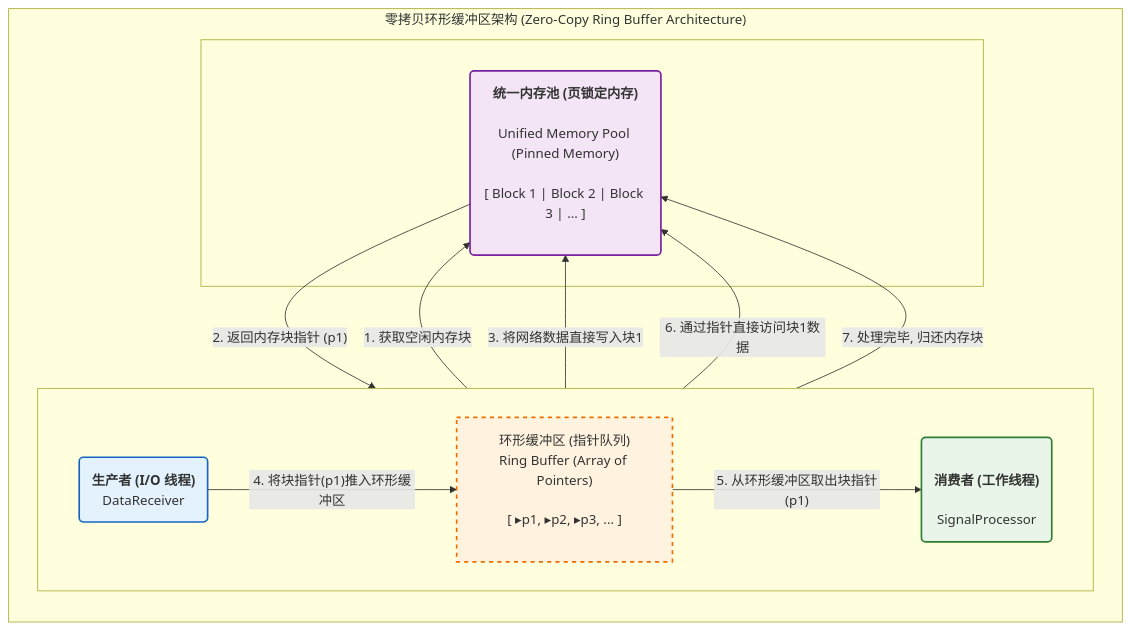
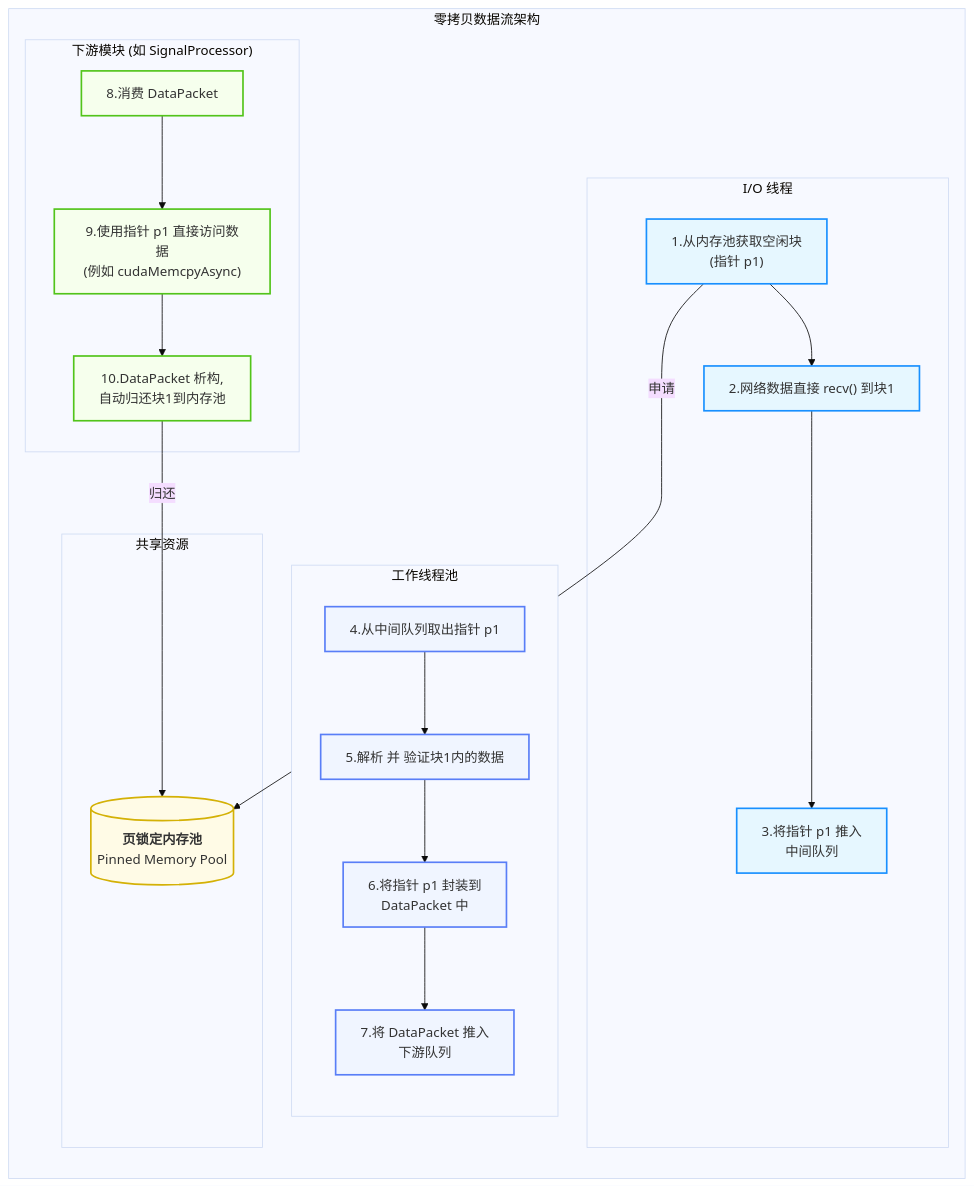
Before and after one commit to wendizhou99-cell/Radar: the fourth of 7 diagrams in docs/01_项目设计/02_模块设计/01_数据接收模块设计.md, drawn with Mermaid. The commit also changed other lines of this file and 26 other files, not shown here.

First line of the commit message:
docs: 完成数据架构文档系列重构和Mermaid可视化指南增强

````diff
--- a/docs/01_项目设计/02_模块设计/01_数据接收模块设计.md
+++ b/docs/01_项目设计/02_模块设计/01_数据接收模块设计.md
@@ -401,55 +289,63 @@
 ```mermaid
+---
+config:
+  theme: base
+  flowchart:
+    curve: basis
+---
 graph LR
-    subgraph "零拷贝环形缓冲区架构 (Zero-Copy Ring Buffer Architecture)"
+    %% --- 图例 (上下文颜色语义) ---
+    %% I/O 线程 (浅蓝): 专职处理网络I/O的组件。
+    %% 工作线程池 (淡紫): 执行CPU密集型任务的组件。
+    %% 下游模块 (浅绿): 消费本模块处理结果的组件。
+    %% 共享资源 (浅黄): 跨线程共享的核心资源。
+
+    subgraph "零拷贝数据流架构"
         direction TB
 
-        subgraph " "
-            direction LR
-            Producer("
-                <div style='text-align:center'><b>生产者 (I/O 线程)</b><br/>DataReceiver
-                </div>
-            ")
-
-            RingBufferShow["
-                <div style='text-align:center'>环形缓冲区 (指针队列)<br/>Ring Buffer (Array of Pointers)
-                    <br/>[ ▸p1, ▸p2, ▸p3, ... ]
-                </div>
-            "]
-
-            Consumer("
-                <div style='text-align:center'>
-                    <b>消费者 (工作线程)</b><br/>
-                    SignalProcessor
-                </div>
-            ")
+        subgraph "I/O 线程"
+            A["1.从内存池获取空闲块<br/>(指针 p1)"]
+            B["2.网络数据直接 recv() 到块1"]
+            C["3.将指针 p1 推入<br/>中间队列"]
         end
 
-        subgraph " "
-            MemoryPoolShow("
-                <div style='text-align:center'><b>统一内存池 (页锁定内存)
-                <br/></b>Unified Memory Pool (Pinned Memory)
-                <br/>[ Block 1 | Block 2 | Block 3 | ... ]
-                </div>
-            ")
+        subgraph "工作线程池"
+        direction TB
+             D["4.从中间队列取出指针 p1"]
+             E["5.解析 并 验证块1内的数据"]
+             F["6.将指针 p1 封装到<br/>DataPacket 中"]
+             G["7.将 DataPacket 推入<br/>下游队列"]
         end
 
-        Producer -- "1. 获取空闲内存块" --> MemoryPoolShow
-        MemoryPoolShow -- "2. 返回内存块指针 (p1)" --> Producer
-        Producer -- "3. 将网络数据直接写入块1" --> MemoryPoolShow
-        Producer -- "4. 将块指针(p1)推入环形缓冲区" --> RingBufferShow
+        subgraph "下游模块 (如 SignalProcessor)"
+            H["8.消费 DataPacket"]
+            I["9.使用指针 p1 直接访问数据<br/>(例如 cudaMemcpyAsync)"]
+            J["10.DataPacket 析构,<br/>自动归还块1到内存池"]
+        end
 
-        RingBufferShow -- "5. 从环形缓冲区取出块指针(p1)" --> Consumer
-        Consumer -- "6. 通过指针直接访问块1数据" --> MemoryPoolShow
-        Consumer -- "7. 处理完毕, 归还内存块" --> MemoryPoolShow
+        subgraph "共享资源"
+            P[("<b>页锁定内存池</b><br/>Pinned Memory Pool")]
+        end
     end
 
-    classDef producer fill:#e3f2fd,stroke:#1565c0,stroke-width:2px
-    classDef consumer fill:#e8f5e8,stroke:#2e7d32,stroke-width:2px
-    classDef ringBuffer fill:#fff3e0,stroke:#ef6c00,stroke-width:2px,stroke-dasharray: 5 5
-    classDef memoryPool fill:#f3e5f5,stroke:#7b1fa2,stroke-width:2px
+    %% --- 流程定义 ---
+    A --> B --> C
+    D --> E --> F --> G
+    H --> I --> J
 
-    class Producer producer
-    class Consumer consumer
-    class RingBufferShow ringBuffer
-    class MemoryPoolShow memoryPool
+    A -- "申请" --> P
+    J -- "归还" --> P
+
+
+    %% --- 标准 classDef 模板 ---
+    classDef role_A fill:#e6f7ff,stroke:#1890ff,stroke-width:2px
+    classDef role_B fill:#f0f5ff,stroke:#597ef7,stroke-width:2px
+    classDef role_C fill:#f6ffed,stroke:#52c41a,stroke-width:2px
+    classDef role_D fill:#fffbe6,stroke:#d4b106,stroke-width:2px
+
+    %% --- 样式应用 ---
+    class A,B,C role_A
+    class D,E,F,G role_B
+    class H,I,J role_C
+    class P role_D
 ```
````
